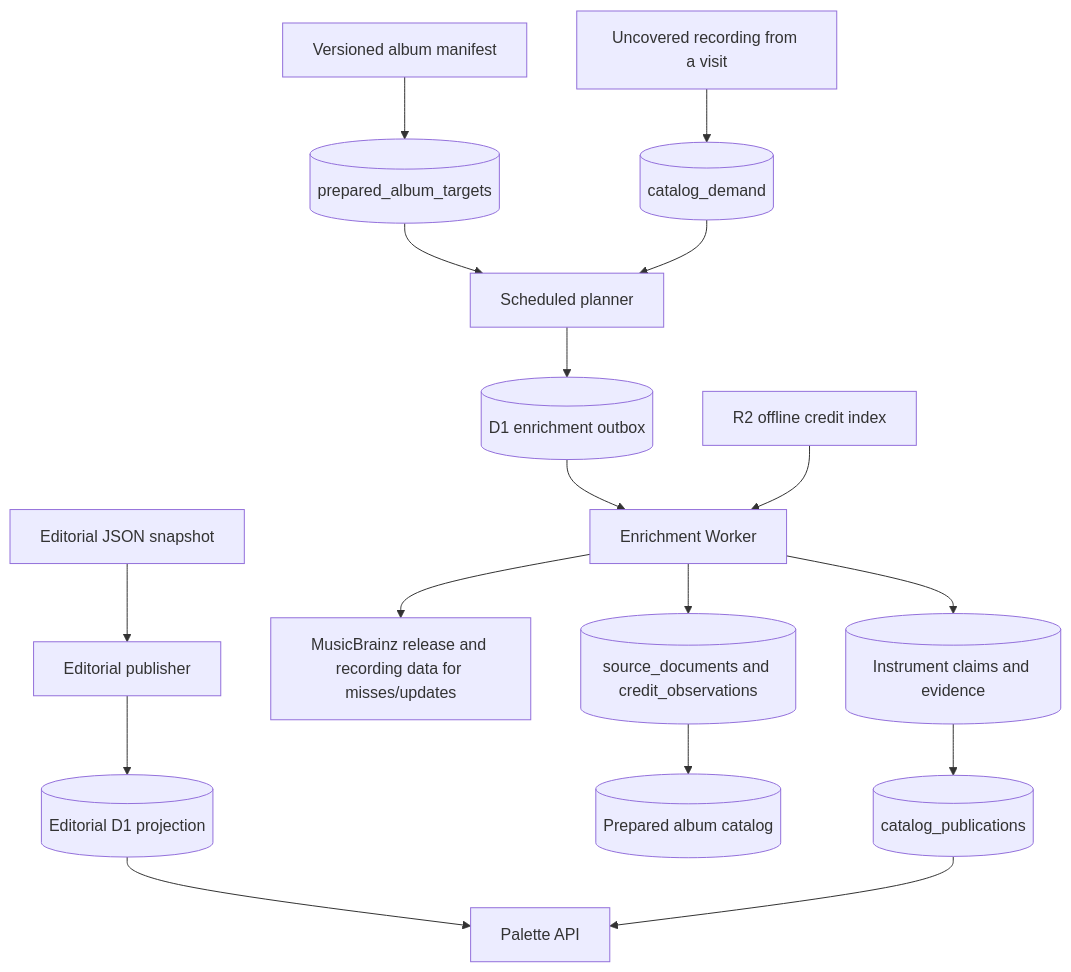
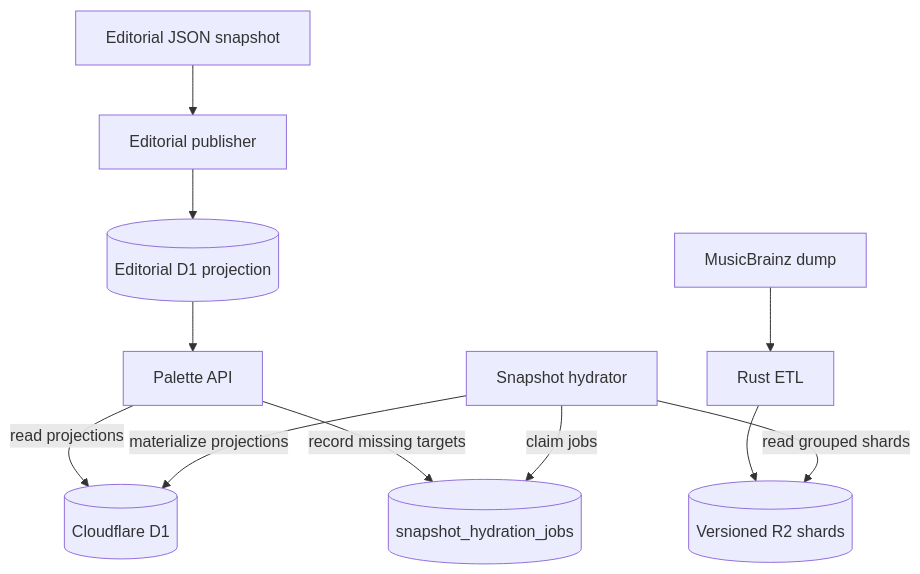
The diagram in docs/catalog-architecture.md (rosa-gus/timbre-palette), drawn with Mermaid before and after one commit. The commit also changed other lines of this file and 35 other files, not shown here.

````diff
--- a/docs/catalog-architecture.md
+++ b/docs/catalog-architecture.md
@@ -5,19 +5,13 @@
 ```mermaid
 flowchart TD
     E[Editorial JSON snapshot] --> EP[Editorial publisher]
-    EP --> ER[(Editorial D1 projection)]
-    ER --> API[Palette API]
-    M[Versioned album manifest] --> T[(prepared_album_targets)]
-    V[Uncovered recording from a visit] --> D[(catalog_demand)]
-    T --> P[Scheduled planner]
-    D --> P
-    P --> O[(D1 enrichment outbox)]
-    O --> W[Enrichment Worker]
-    I[R2 offline credit index] --> W
-    W --> MB[MusicBrainz release and recording data for misses/updates]
-    W --> S[(source_documents and credit_observations)]
-    S --> C[(Prepared album catalog)]
-    W --> U[(Instrument claims and evidence)]
-    U --> R[(catalog_publications)]
-    R --> API
+    EP --> ED[(Editorial D1 projection)]
+    MB[MusicBrainz dump] --> ETL[Rust ETL]
+    ETL --> R2[(Versioned R2 shards)]
+    API[Palette API] -->|read projections| D1[(Cloudflare D1)]
+    API -->|record missing targets| J[(snapshot_hydration_jobs)]
+    H[Snapshot hydrator] -->|claim jobs| J
+    H -->|read grouped shards| R2
+    H -->|materialize projections| D1
+    ED --> API
 ```
````
